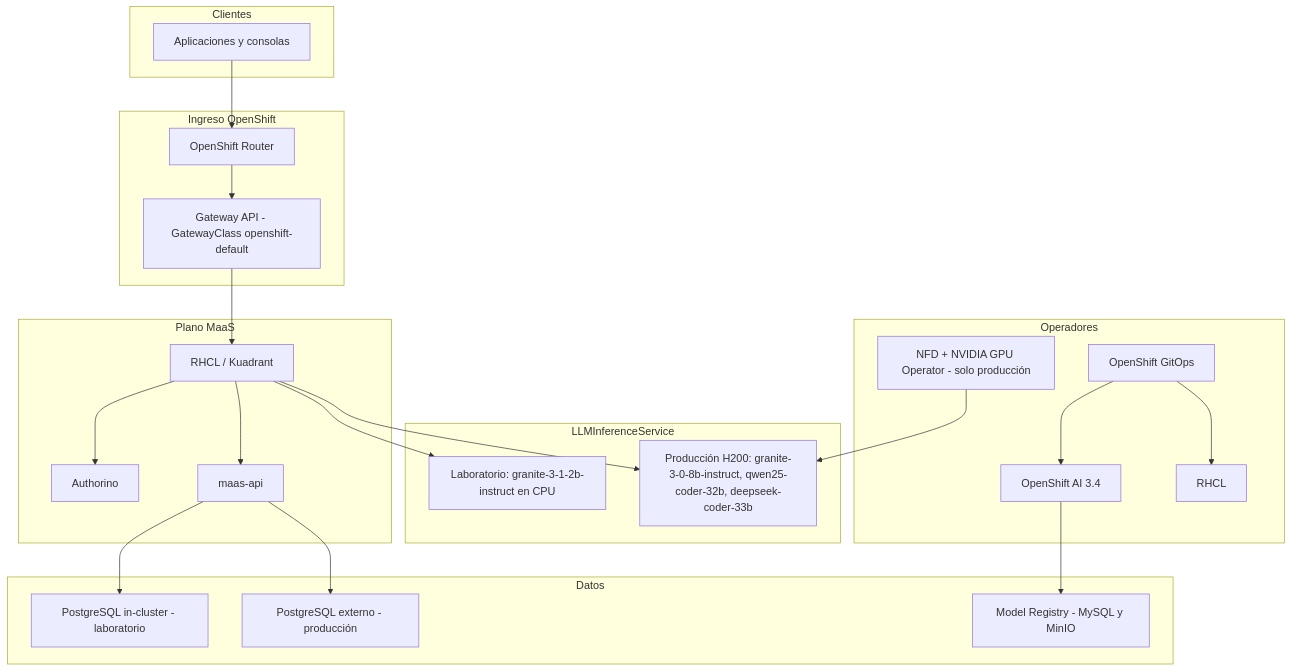
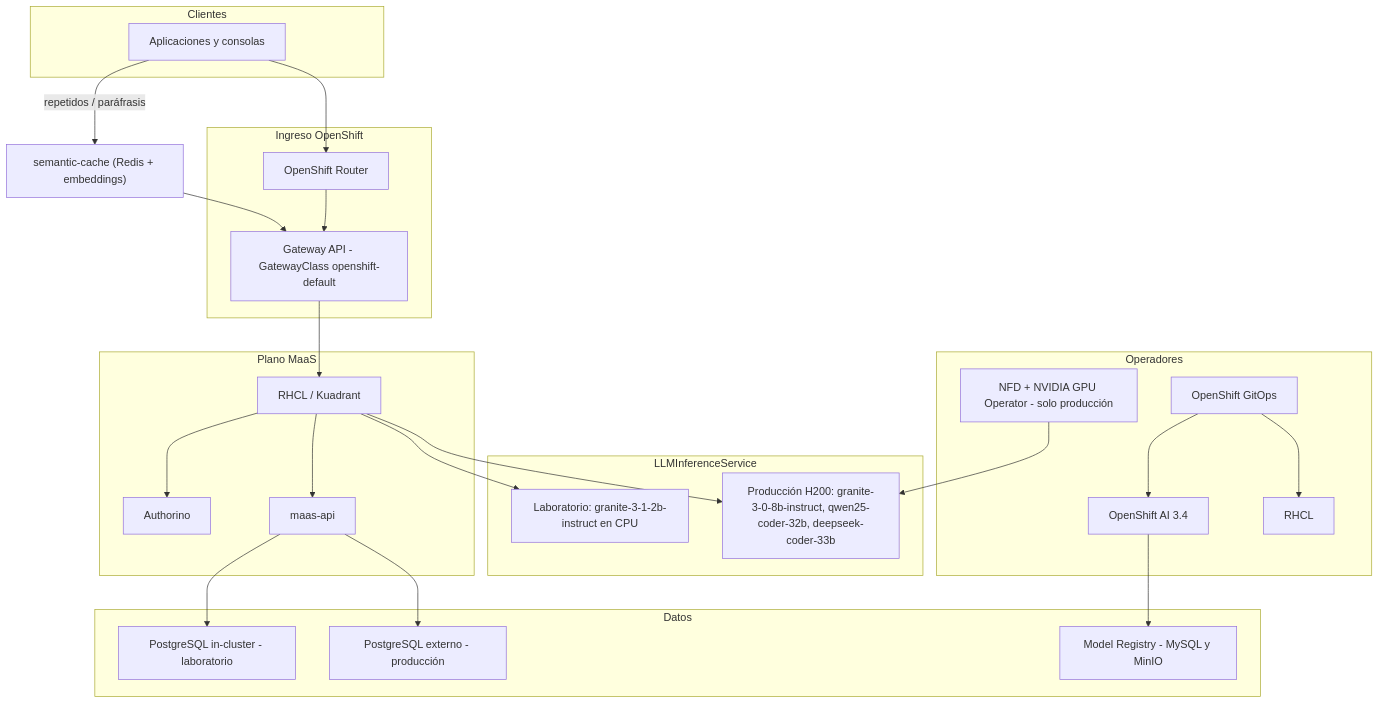
Before and after one commit to abelluque/rhoai-gitops: the diagram in README.md, drawn with Mermaid. The commit also changed other lines of this file and 26 other files, not shown here.

First line of the commit message:
Add a semantic response cache in front of MaaS on both demo-platform clusters.

````diff
--- a/README.md
+++ b/README.md
@@ -62,49 +62,51 @@
 ```mermaid
 flowchart TB
   subgraph clientes [Clientes]
     apps[Aplicaciones y consolas]
   end
 
   subgraph ingreso [Ingreso OpenShift]
     router[OpenShift Router]
     gw[Gateway API - GatewayClass openshift-default]
   end
 
   subgraph maas [Plano MaaS]
     rhcl[RHCL / Kuadrant]
     authorino[Authorino]
     maasApi[maas-api]
   end
 
   subgraph inferencia [LLMInferenceService]
     labModel["Laboratorio: granite-3-1-2b-instruct en CPU"]
     prdModels["Producción H200: granite-3-0-8b-instruct, qwen25-coder-32b, deepseek-coder-33b"]
   end
 
   subgraph operadores [Operadores]
     gitops[OpenShift GitOps]
     rhoai[OpenShift AI 3.4]
     rhclOp[RHCL]
     nvidia["NFD + NVIDIA GPU Operator - solo producción"]
   end
 
   subgraph datos [Datos]
     pgLab["PostgreSQL in-cluster - laboratorio"]
     pgPrd["PostgreSQL externo - producción"]
     registry[Model Registry - MySQL y MinIO]
   end
 
   apps --> router
+  apps -->|"repetidos / paráfrasis"| cache["semantic-cache (Redis + embeddings)"]
+  cache --> gw
   router --> gw
   gw --> rhcl
   rhcl --> authorino
   rhcl --> maasApi
   rhcl --> labModel
   rhcl --> prdModels
   maasApi --> pgLab
   maasApi --> pgPrd
   rhoai --> registry
   gitops --> rhoai
   gitops --> rhclOp
   nvidia --> prdModels
 ```
````
